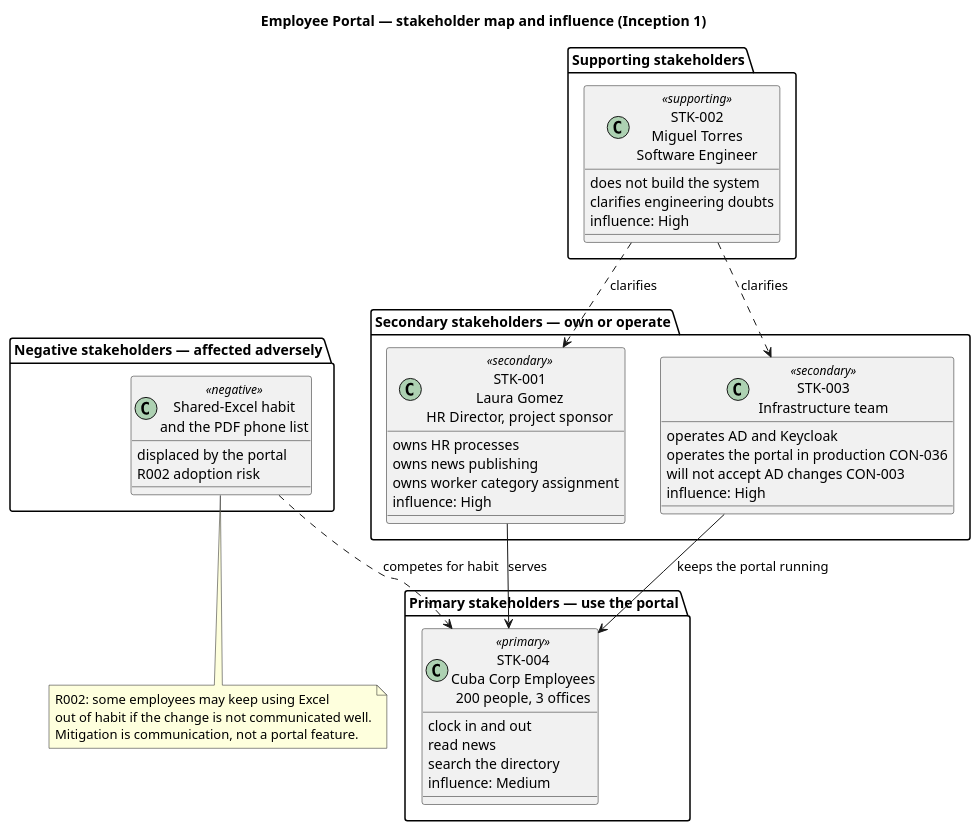
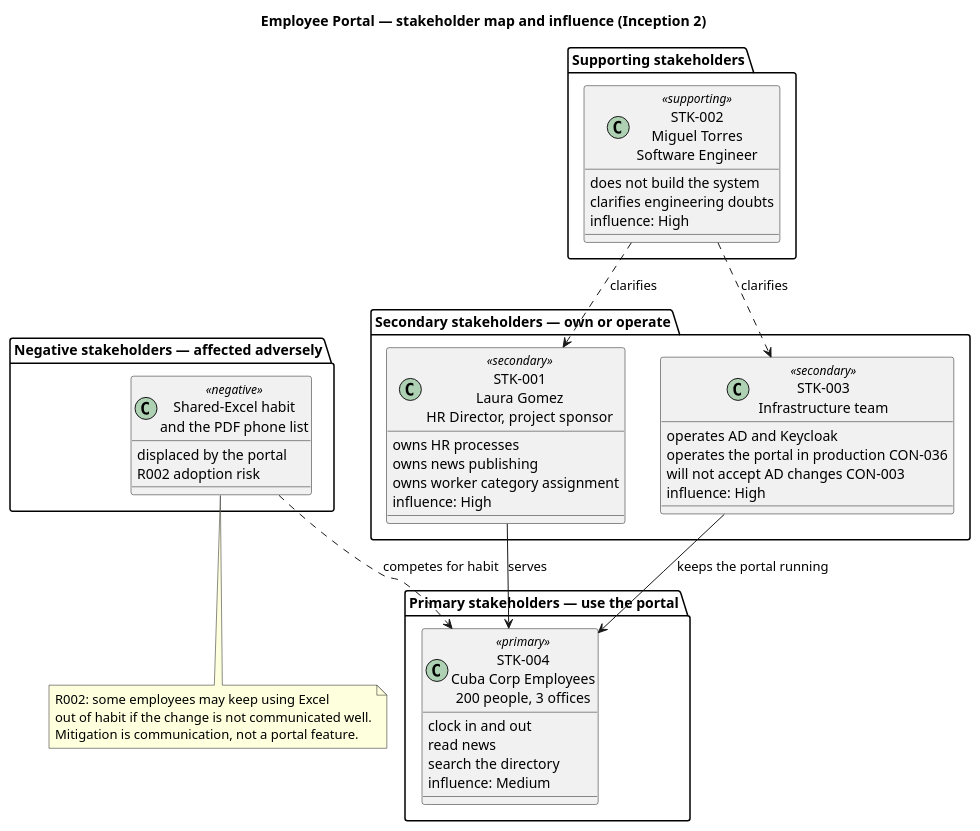
Before and after one commit to banense-test/portal: the second of 4 diagrams in docs/artifacts/requirements/vision.md, drawn with PlantUML. The commit also changed other lines of this file, not shown here.

Commit message:
System Analyst [I2]: upsert Vision
[skip ci]

````diff
--- a/docs/artifacts/requirements/vision.md
+++ b/docs/artifacts/requirements/vision.md
@@ -73,58 +72,58 @@
 ```plantuml
 @startuml
-title Employee Portal — stakeholder map and influence (Inception 1)
+title Employee Portal — stakeholder map and influence (Inception 2)
 
 skinparam classAttributeIconSize 0
 
 package "Primary stakeholders — use the portal" as PRIM {
   class "STK-004\nCuba Corp Employees\n200 people, 3 offices" as S4 <<primary>> {
     clock in and out
     read news
     search the directory
     influence: Medium
   }
 }
 
 package "Secondary stakeholders — own or operate" as SEC {
   class "STK-001\nLaura Gomez\nHR Director, project sponsor" as S1 <<secondary>> {
     owns HR processes
     owns news publishing
     owns worker category assignment
     influence: High
   }
   class "STK-003\nInfrastructure team" as S3 <<secondary>> {
     operates AD and Keycloak
     operates the portal in production CON-036
     will not accept AD changes CON-003
     influence: High
   }
 }
 
 package "Supporting stakeholders" as SUP {
   class "STK-002\nMiguel Torres\nSoftware Engineer" as S2 <<supporting>> {
     does not build the system
     clarifies engineering doubts
     influence: High
   }
 }
 
 package "Negative stakeholders — affected adversely" as NEG {
   class "Shared-Excel habit\nand the PDF phone list" as N1 <<negative>> {
     displaced by the portal
     R002 adoption risk
   }
 }
 
 S1 --> S4 : serves
 S3 --> S4 : keeps the portal running
 S2 ..> S1 : clarifies
 S2 ..> S3 : clarifies
 N1 ..> S4 : competes for habit
 
 note bottom of N1
   R002: some employees may keep using Excel
   out of habit if the change is not communicated well.
   Mitigation is communication, not a portal feature.
 end note
 @enduml
 ```
````
